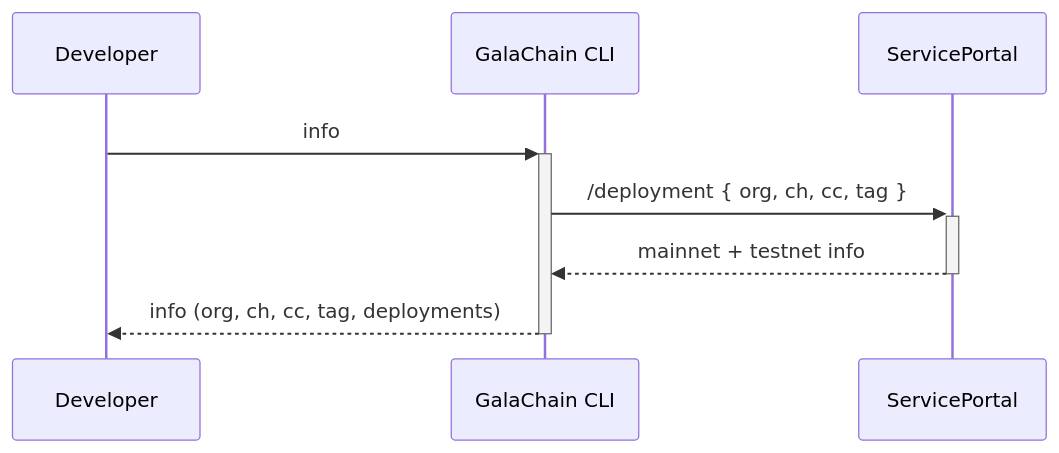
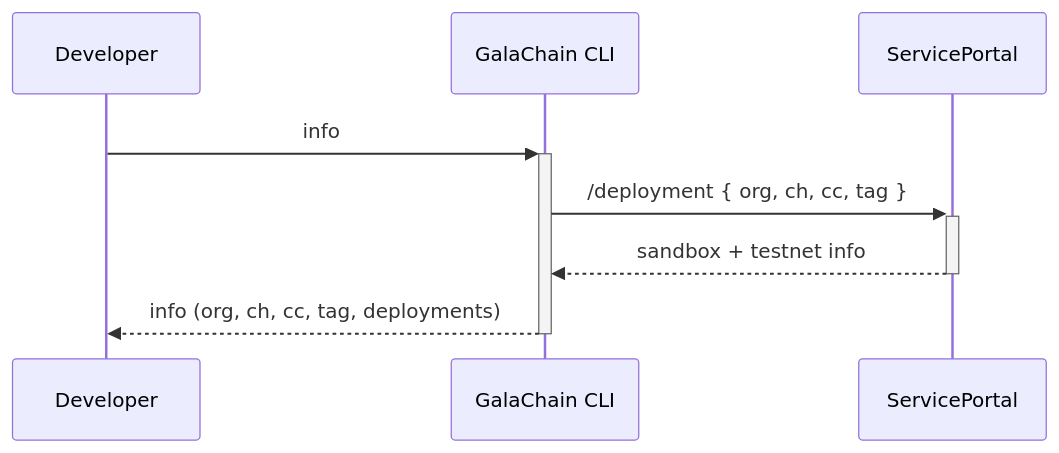
One commit to GalaChain/sdk changed the second of 3 diagrams in docs/chaincode-deployment.md. Above: the diagram before and after it, drawn with Mermaid. The commit also changed other lines of this file and 11 other files, not shown here.

````diff
--- a/docs/chaincode-deployment.md
+++ b/docs/chaincode-deployment.md
@@ -83,7 +83,7 @@
 ```mermaid
 sequenceDiagram
     Developer ->>+ GalaChain CLI: info
     GalaChain CLI ->>+ ServicePortal: /deployment { org, ch, cc, tag }
-    ServicePortal -->>- GalaChain CLI: mainnet + testnet info
+    ServicePortal -->>- GalaChain CLI: sandbox + testnet info
     GalaChain CLI -->>- Developer: info (org, ch, cc, tag, deployments)
 ```
````
